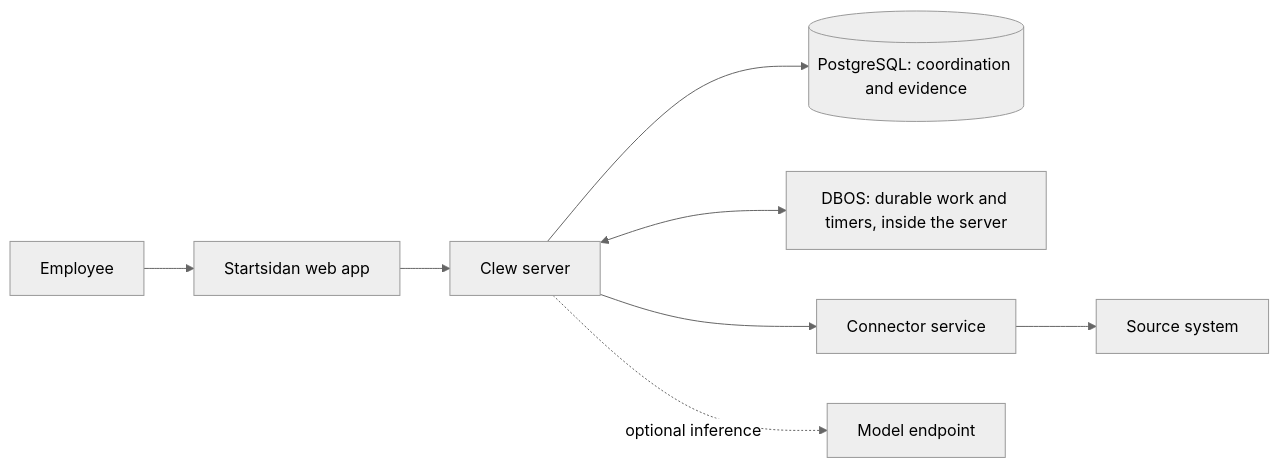
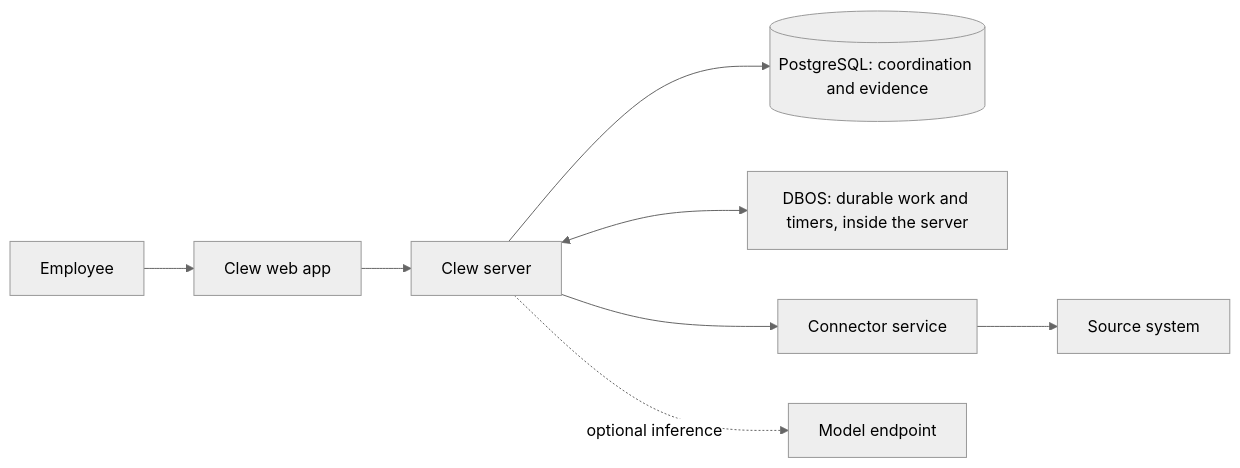
The diagram in README.md (etori-ai/clew), drawn with Mermaid (neutral theme) before and after one commit. The commit also changed other lines of this file and 179 other files, not shown here.

````diff
--- a/README.md
+++ b/README.md
@@ -13,10 +13,10 @@
 ```mermaid
 flowchart LR
-  Person[Employee] --> Web[Startsidan web app]
+  Person[Employee] --> Web[Clew web app]
   Web --> Server[Clew server]
   Server --> DB[(PostgreSQL: coordination and evidence)]
   Server <--> Engine[DBOS: durable work and timers, inside the server]
   Server --> Connector[Connector service]
   Connector --> Source[Source system]
   Server -. optional inference .-> Model[Model endpoint]
 ```
````
